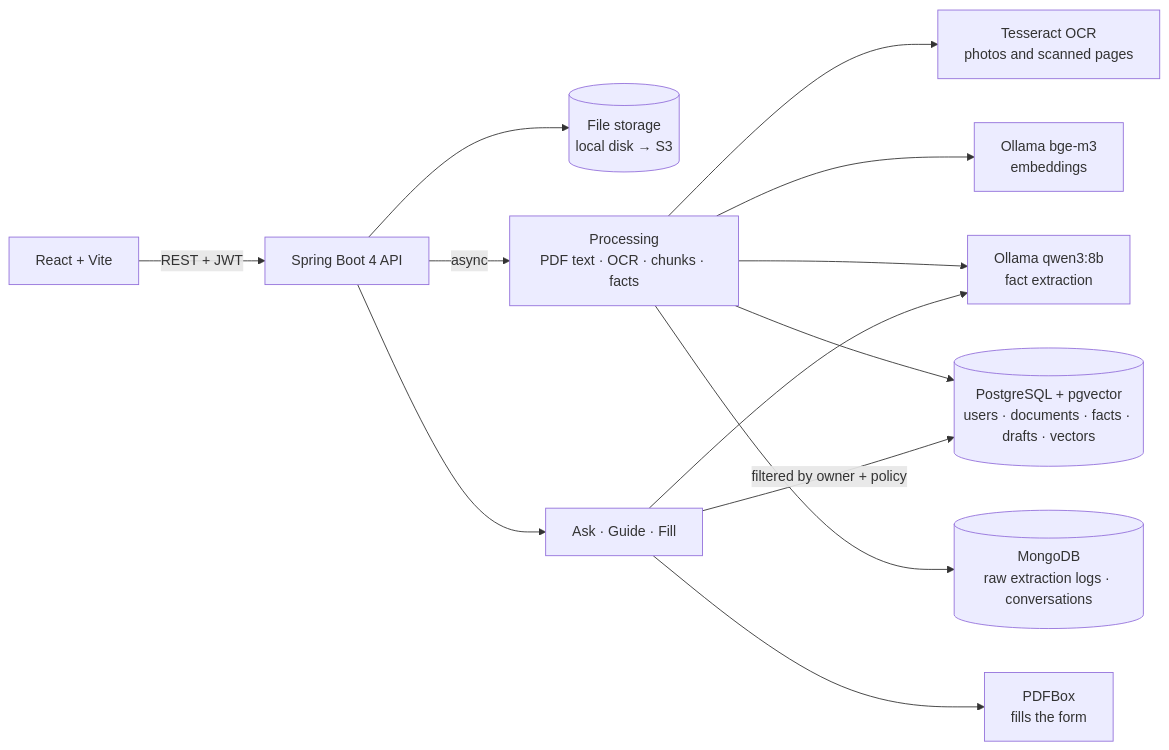
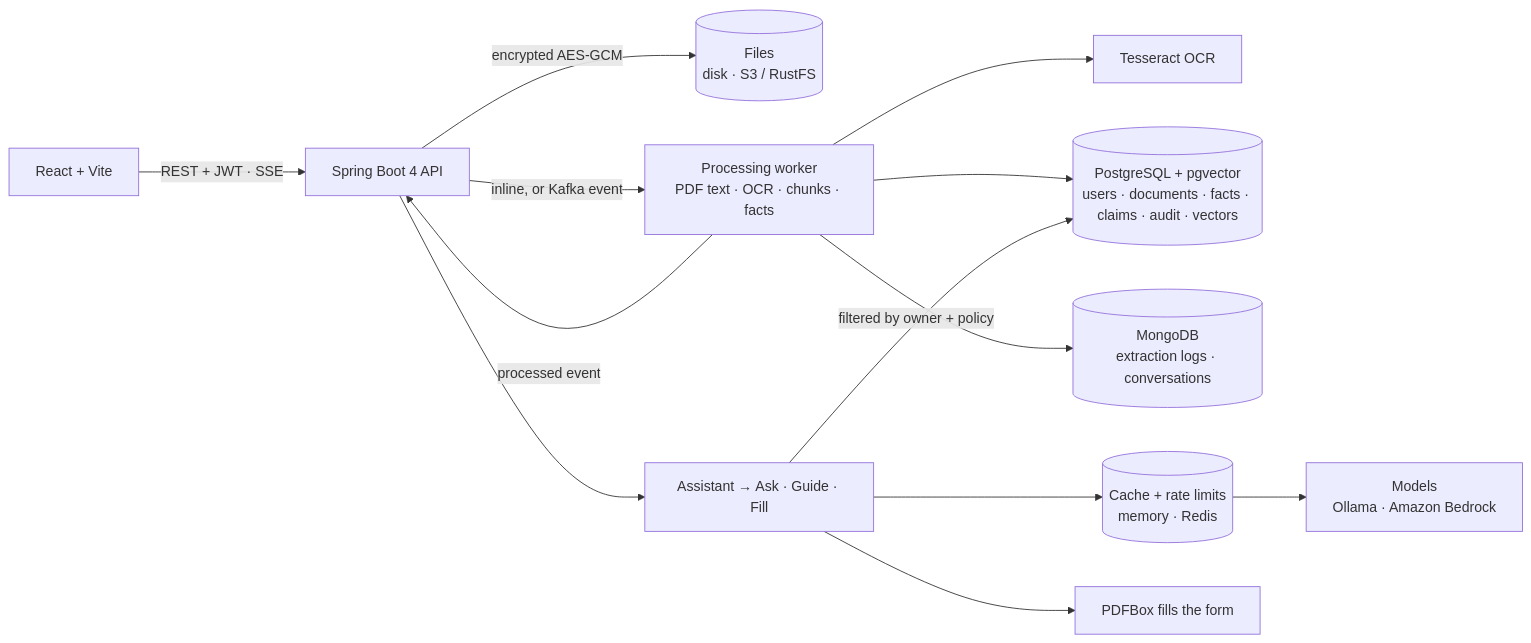
The diagram in README.md (kingmars2022/claimpilot), drawn with Mermaid before and after one commit. The commit also changed other lines of this file and 32 other files, not shown here.

First line of the commit message:
Phase 5: cache and rate limits, accuracy evaluation, AWS profile, Docker

````diff
--- a/README.md
+++ b/README.md
@@ -152,15 +175,15 @@
 ```mermaid
 flowchart LR
-    UI[React + Vite] -->|REST + JWT| API[Spring Boot 4 API]
-    API --> FS[(File storage<br/>local disk → S3)]
-    API -->|async| PROC[Processing<br/>PDF text · OCR · chunks · facts]
-    PROC --> OCR[Tesseract OCR<br/>photos and scanned pages]
-    PROC --> EMB[Ollama bge-m3<br/>embeddings]
-    PROC --> LLM[Ollama qwen3:8b<br/>fact extraction]
-    PROC --> PG[(PostgreSQL + pgvector<br/>users · documents · facts · drafts · vectors)]
-    PROC --> MONGO[(MongoDB<br/>raw extraction logs · conversations)]
-    API --> ASK[Ask · Guide · Fill]
-    ASK -->|filtered by owner + policy| PG
-    ASK --> LLM
-    ASK --> PDF[PDFBox<br/>fills the form]
+    UI[React + Vite] -->|REST + JWT · SSE| API[Spring Boot 4 API]
+    API -->|encrypted AES-GCM| FS[(Files<br/>disk · S3 / RustFS)]
+    API -->|inline, or Kafka event| PROC[Processing worker<br/>PDF text · OCR · chunks · facts]
+    PROC --> OCR[Tesseract OCR]
+    PROC --> PG[(PostgreSQL + pgvector<br/>users · documents · facts · claims · audit · vectors)]
+    PROC --> MONGO[(MongoDB<br/>extraction logs · conversations)]
+    PROC -->|processed event| API
+    API --> MOD[Assistant → Ask · Guide · Fill]
+    MOD -->|filtered by owner + policy| PG
+    MOD --> CACHE[(Cache + rate limits<br/>memory · Redis)]
+    CACHE --> LLM[Models<br/>Ollama · Amazon Bedrock]
+    MOD --> PDF[PDFBox fills the form]
 ```
````
